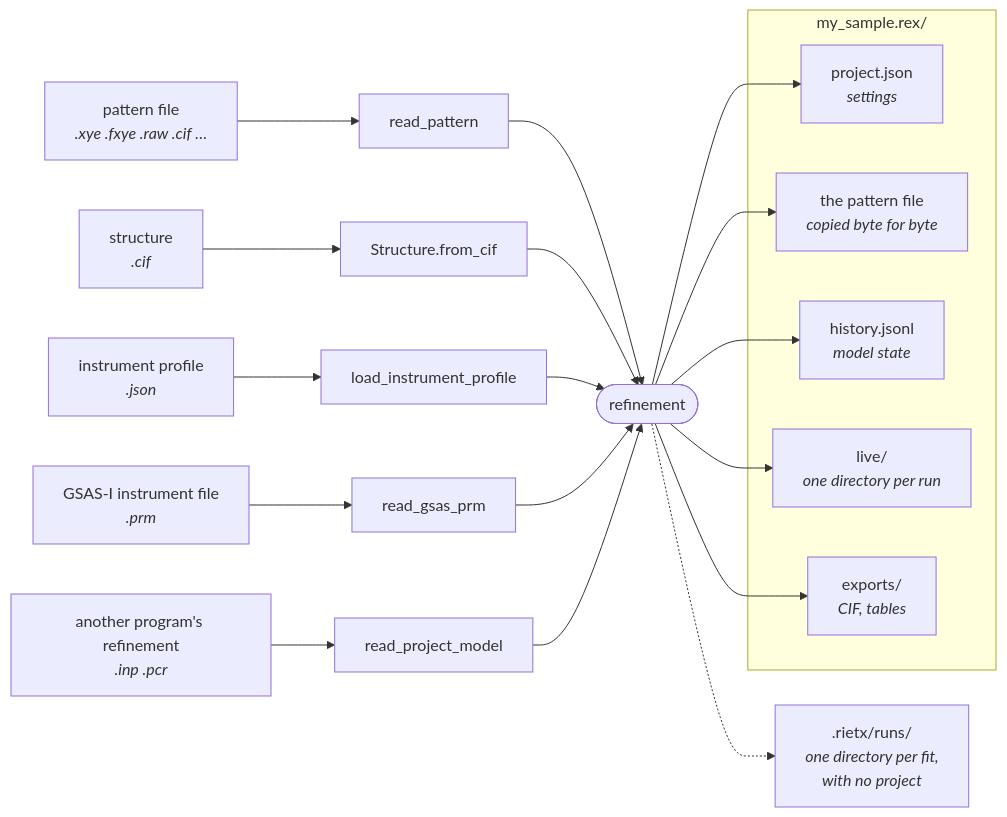
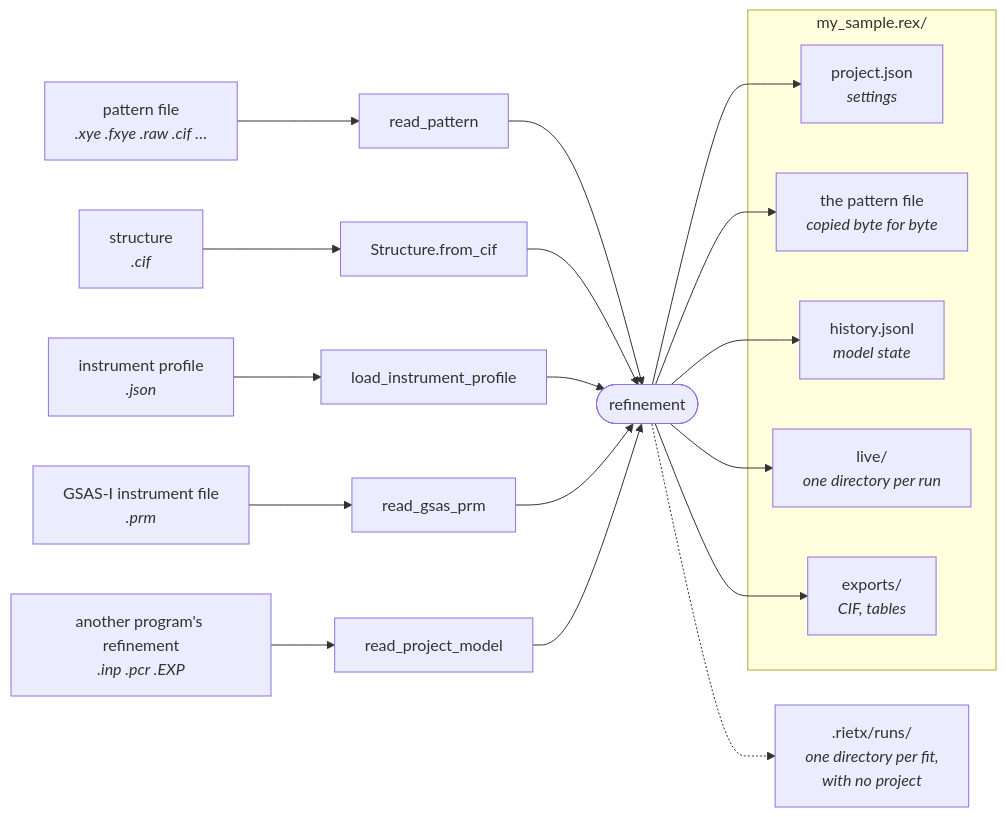
One commit to mustachefeeling/rietx changed the first of 2 diagrams in docs/manual/using/files.md. Above: the diagram before and after it, drawn with Mermaid. The commit also changed other lines of this file and 17 other files, not shown here.

````diff
--- a/docs/manual/using/files.md
+++ b/docs/manual/using/files.md
@@ -6,26 +6,26 @@
 ```{mermaid}
 graph LR
   P["pattern file<br/><i>.xye .fxye .raw .cif …</i>"] --> RP["read_pattern"]
   C["structure<br/><i>.cif</i>"] --> SC["Structure.from_cif"]
   I["instrument profile<br/><i>.json</i>"] --> LP["load_instrument_profile"]
   G["GSAS-I instrument file<br/><i>.prm</i>"] --> GP["read_gsas_prm"]
-  M["another program's refinement<br/><i>.inp .pcr</i>"] --> PM["read_project_model"]
+  M["another program's refinement<br/><i>.inp .pcr .EXP</i>"] --> PM["read_project_model"]
   RP --> REF(["refinement"])
   SC --> REF
   LP --> REF
   GP --> REF
   PM --> REF
   subgraph rex ["my_sample.rex/"]
     PJ["project.json<br/><i>settings</i>"]
     PC["the pattern file<br/><i>copied byte for byte</i>"]
     H["history.jsonl<br/><i>model state</i>"]
     LV["live/<br/><i>one directory per run</i>"]
     EX["exports/<br/><i>CIF, tables</i>"]
   end
   REF --> PJ
   REF --> PC
   REF --> H
   REF --> LV
   REF --> EX
   REF -.-> RUNS[".rietx/runs/<br/><i>one directory per fit,<br/>with no project</i>"]
 ```
````
